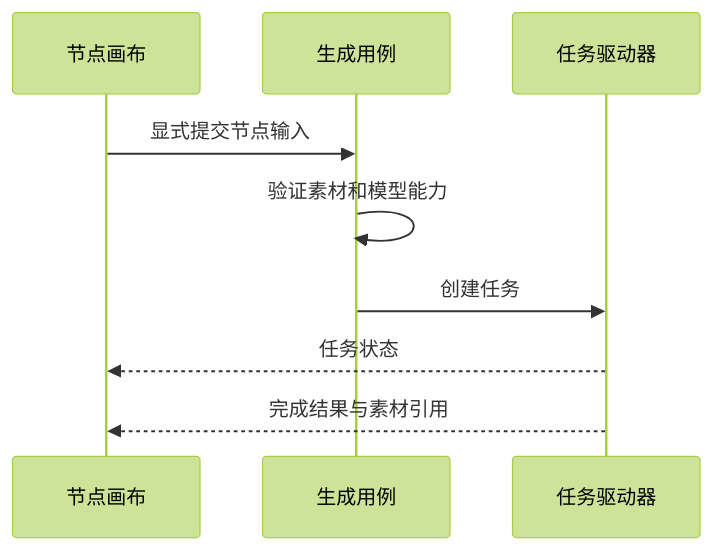
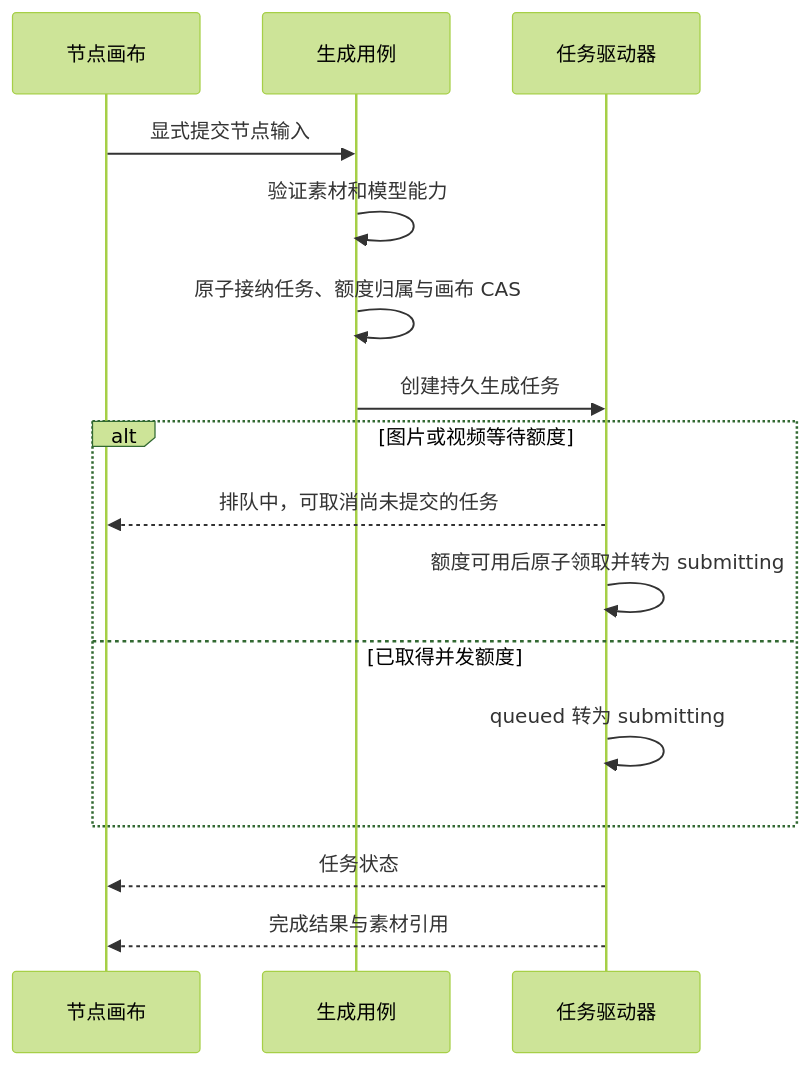
The first of 4 diagrams in web/src/features/thought-workshop/official/content/technical/visual-workshop.md (EmiyaredA/Future-Props-Lab), drawn with Mermaid (forest theme) before and after one commit. The commit also changed other lines of this file and 110 other files, not shown here.

````diff
--- a/web/src/features/thought-workshop/official/content/technical/visual-workshop.md
+++ b/web/src/features/thought-workshop/official/content/technical/visual-workshop.md
@@ -27,11 +27,18 @@
 ```mermaid
 sequenceDiagram
   participant C as 节点画布
   participant G as 生成用例
   participant T as 任务驱动器
   C->>G: 显式提交节点输入
   G->>G: 验证素材和模型能力
-  G->>T: 创建任务
+  G->>G: 原子接纳任务、额度归属与画布 CAS
+  G->>T: 创建持久生成任务
+  alt 图片或视频等待额度
+    T-->>C: 排队中，可取消尚未提交的任务
+    T->>T: 额度可用后原子领取并转为 submitting
+  else 已取得并发额度
+    T->>T: queued 转为 submitting
+  end
   T-->>C: 任务状态
   T-->>C: 完成结果与素材引用
 ```
````
